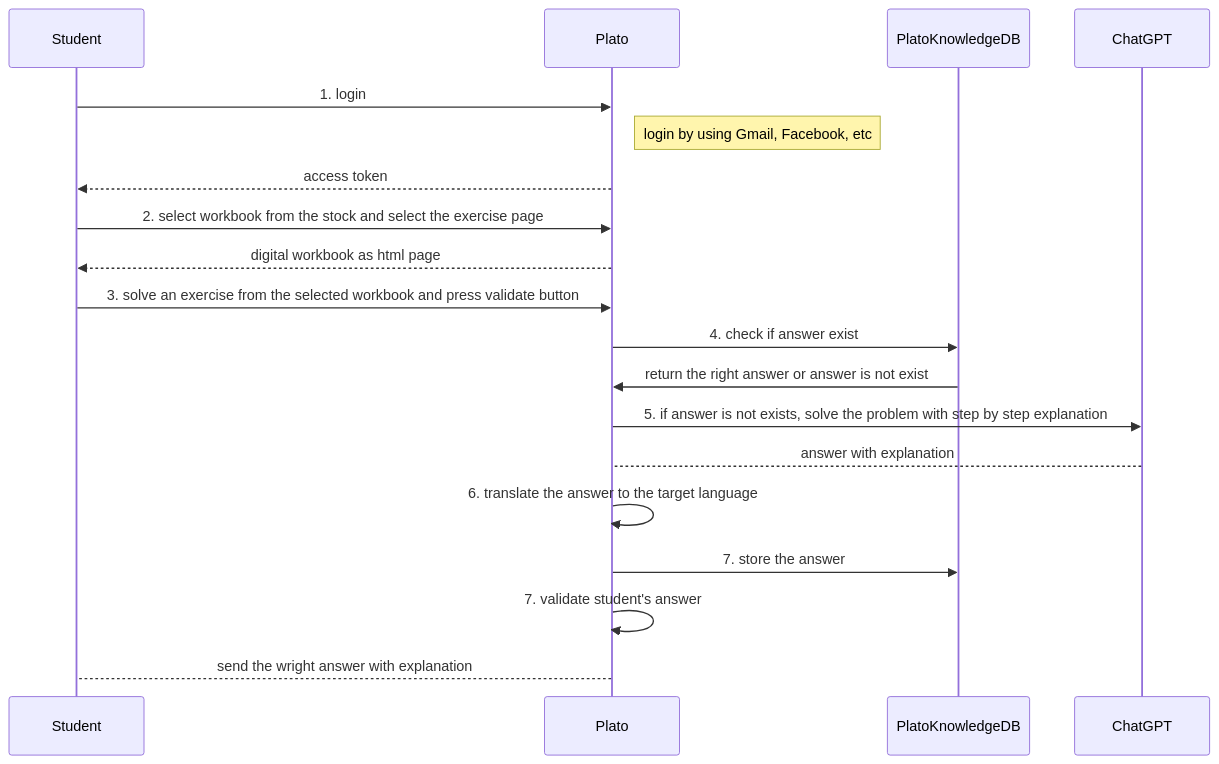
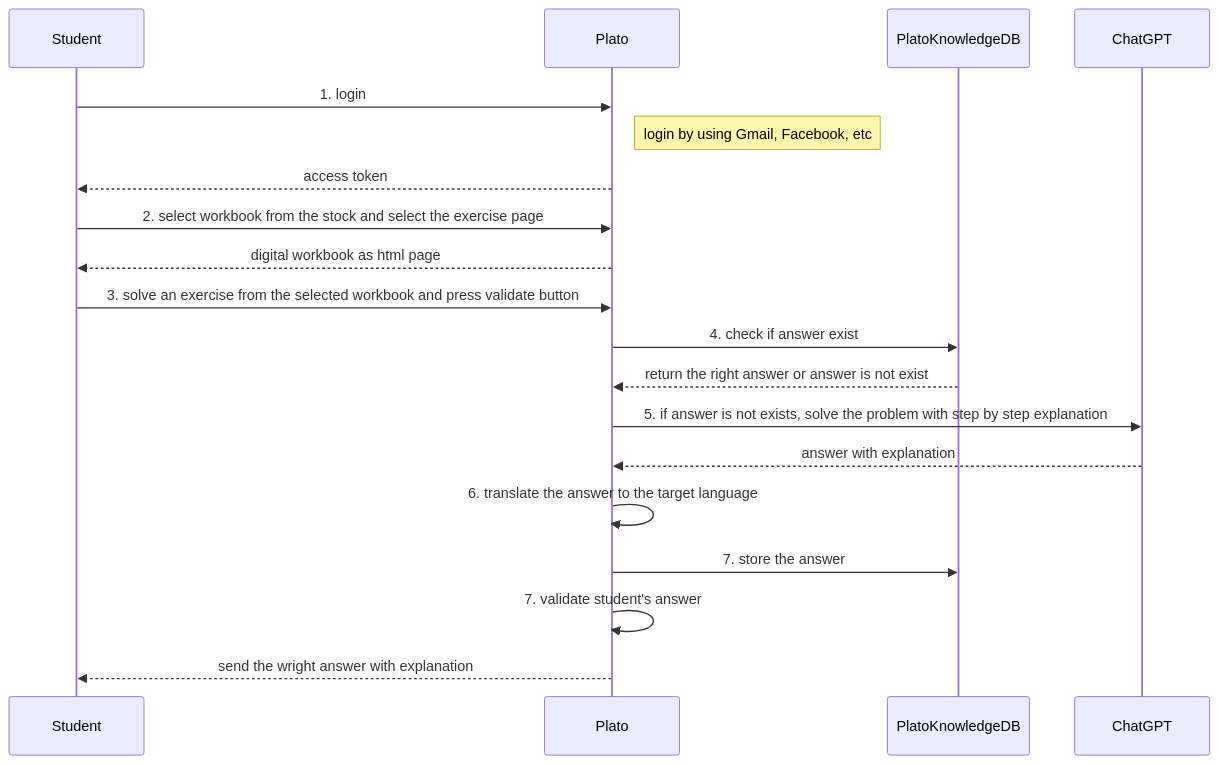
Before and after one commit to dimastatz/plato: the second of 2 diagrams in docs/design.md, drawn with Mermaid.

Commit message:
add questions

````diff
--- a/docs/design.md
+++ b/docs/design.md
@@ -59,20 +59,23 @@
 ```mermaid
 sequenceDiagram
 
 Student->>Plato: 1. login
 Note right of Plato: login by using Gmail, Facebook, etc 
 Plato-->>Student: access token
 
 Student->>Plato: 2. select workbook from the stock and select the exercise page
 Plato-->>Student: digital workbook as html page 
 
 Student->>Plato: 3. solve an exercise from the selected workbook and press validate button
+
 Plato->>PlatoKnowledgeDB: 4. check if answer exist
-PlatoKnowledgeDB->>Plato: return the right answer or answer is not exist
+PlatoKnowledgeDB-->>Plato: return the right answer or answer is not exist
+
 Plato->>ChatGPT: 5. if answer is not exists, solve the problem with step by step explanation 
-ChatGPT-->Plato: answer with explanation
+ChatGPT-->>Plato: answer with explanation
+
 Plato->>Plato: 6. translate the answer to the target language
 Plato->>PlatoKnowledgeDB: 7. store the answer
 Plato->>Plato: 7. validate student's answer
-Plato-->Student: send the wright answer with explanation
+Plato-->>Student: send the wright answer with explanation
 ```
````
